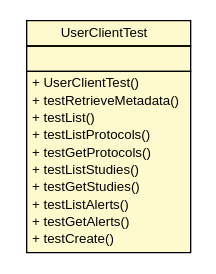
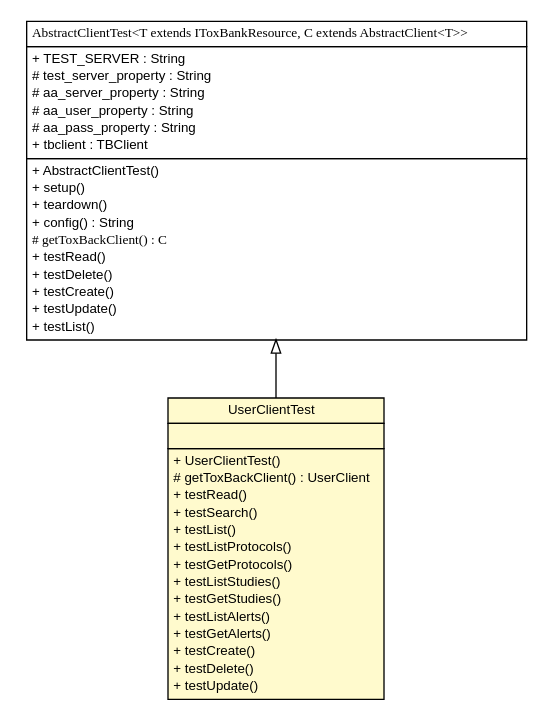
The diagram in testapidocs/net/toxbank/client/resource/UserClientTest.dot (ToxBank/toxbank-api-client), drawn with Graphviz before and after one commit. The commit also changed 57 other files, not shown here.

```diff
--- a/testapidocs/net/toxbank/client/resource/UserClientTest.dot
+++ b/testapidocs/net/toxbank/client/resource/UserClientTest.dot
@@ -1,31 +1,63 @@
 #!/usr/local/bin/dot
 #
 # Class diagram 
 # Generated by UmlGraph version 4.6 (http://www.spinellis.gr/sw/umlgraph)
 #
 
 digraph G {
 	edge [fontname="arial",fontsize=10,labelfontname="arial",labelfontsize=10];
 	node [fontname="arial",fontsize=10,shape=plaintext];
 	// net.toxbank.client.resource.UserClientTest
-	c12 [label=<<table border="0" cellborder="1" cellspacing="0" cellpadding="2" port="p" bgcolor="lemonChiffon" href="./UserClientTest.html">
+	c13 [label=<<table border="0" cellborder="1" cellspacing="0" cellpadding="2" port="p" bgcolor="lemonChiffon" href="./UserClientTest.html">
 		<tr><td><table border="0" cellspacing="0" cellpadding="1">
 			<tr><td> UserClientTest </td></tr>
 		</table></td></tr>
 		<tr><td><table border="0" cellspacing="0" cellpadding="1">
 			<tr><td align="left">  </td></tr>
 		</table></td></tr>
 		<tr><td><table border="0" cellspacing="0" cellpadding="1">
 			<tr><td align="left"> + UserClientTest() </td></tr>
-			<tr><td align="left"> + testRetrieveMetadata() </td></tr>
+			<tr><td align="left"> # getToxBackClient() : UserClient </td></tr>
+			<tr><td align="left"> + testRead() </td></tr>
+			<tr><td align="left"> + testSearch() </td></tr>
 			<tr><td align="left"> + testList() </td></tr>
 			<tr><td align="left"> + testListProtocols() </td></tr>
 			<tr><td align="left"> + testGetProtocols() </td></tr>
 			<tr><td align="left"> + testListStudies() </td></tr>
 			<tr><td align="left"> + testGetStudies() </td></tr>
 			<tr><td align="left"> + testListAlerts() </td></tr>
 			<tr><td align="left"> + testGetAlerts() </td></tr>
 			<tr><td align="left"> + testCreate() </td></tr>
+			<tr><td align="left"> + testDelete() </td></tr>
+			<tr><td align="left"> + testUpdate() </td></tr>
 		</table></td></tr>
 		</table>>, fontname="arial", fontcolor="black", fontsize=10.0];
+	// net.toxbank.client.resource.AbstractClientTest<T extends net.toxbank.client.resource.IToxBankResource, C extends net.toxbank.client.resource.AbstractClient<T>>
+	c32 [label=<<table border="0" cellborder="1" cellspacing="0" cellpadding="2" port="p" href="./AbstractClientTest.html">
+		<tr><td><table border="0" cellspacing="0" cellpadding="1">
+			<tr><td><font face="ariali"> AbstractClientTest&lt;T extends IToxBankResource, C extends AbstractClient&lt;T&gt;&gt; </font></td></tr>
+		</table></td></tr>
+		<tr><td><table border="0" cellspacing="0" cellpadding="1">
+			<tr><td align="left"> + TEST_SERVER : String </td></tr>
+			<tr><td align="left"> # test_server_property : String </td></tr>
+			<tr><td align="left"> # aa_server_property : String </td></tr>
+			<tr><td align="left"> # aa_user_property : String </td></tr>
+			<tr><td align="left"> # aa_pass_property : String </td></tr>
+			<tr><td align="left"> + tbclient : TBClient </td></tr>
+		</table></td></tr>
+		<tr><td><table border="0" cellspacing="0" cellpadding="1">
+			<tr><td align="left"> + AbstractClientTest() </td></tr>
+			<tr><td align="left"> + setup() </td></tr>
+			<tr><td align="left"> + teardown() </td></tr>
+			<tr><td align="left"> + config() : String </td></tr>
+			<tr><td align="left"><font face="ariali" point-size="10.0"> # getToxBackClient() : C </font></td></tr>
+			<tr><td align="left"> + testRead() </td></tr>
+			<tr><td align="left"> + testDelete() </td></tr>
+			<tr><td align="left"> + testCreate() </td></tr>
+			<tr><td align="left"> + testUpdate() </td></tr>
+			<tr><td align="left"> + testList() </td></tr>
+		</table></td></tr>
+		</table>>, fontname="arial", fontcolor="black", fontsize=10.0];
+	//net.toxbank.client.resource.UserClientTest extends net.toxbank.client.resource.AbstractClientTest<net.toxbank.client.resource.User, net.toxbank.client.resource.UserClient>
+	c32:p -> c13:p [dir=back,arrowtail=empty];
 }
```
